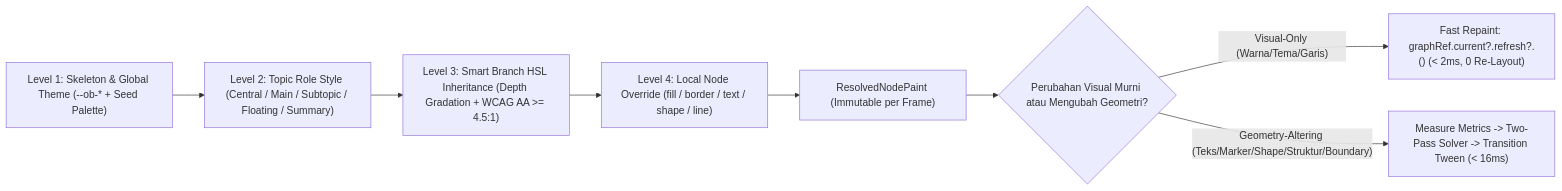
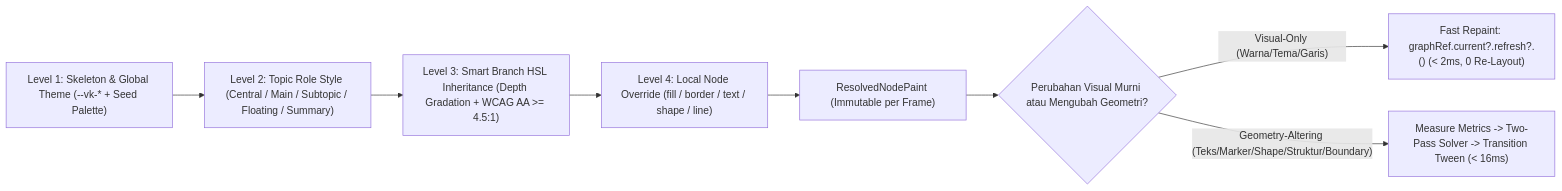
One commit to mjd-code/obmap-meed changed the second of 2 diagrams in docs/02-planning/xmind-obsidian-visual-engine-plan.md. Above: the diagram before and after it, drawn with Mermaid. The commit also changed other lines of this file and 219 other files, not shown here.

````diff
--- a/docs/02-planning/xmind-obsidian-visual-engine-plan.md
+++ b/docs/02-planning/xmind-obsidian-visual-engine-plan.md
@@ -265,10 +266,10 @@
 ```mermaid
 flowchart LR
-    L1["Level 1: Skeleton & Global Theme (--ob-* + Seed Palette)"] --> L2["Level 2: Topic Role Style (Central / Main / Subtopic / Floating / Summary)"]
+    L1["Level 1: Skeleton & Global Theme (--vk-* + Seed Palette)"] --> L2["Level 2: Topic Role Style (Central / Main / Subtopic / Floating / Summary)"]
     L2 --> L3["Level 3: Smart Branch HSL Inheritance (Depth Gradation + WCAG AA >= 4.5:1)"]
     L3 --> L4["Level 4: Local Node Override (fill / border / text / shape / line)"]
     L4 --> OUT["ResolvedNodePaint (Immutable per Frame)"]
     OUT --> PIPE{"Perubahan Visual Murni atau Mengubah Geometri?"}
     PIPE -- "Visual-Only (Warna/Tema/Garis)" --> FAST["Fast Repaint: graphRef.current?.refresh?.() (< 2ms, 0 Re-Layout)"]
     PIPE -- "Geometry-Altering (Teks/Marker/Shape/Struktur/Boundary)" --> RELAYOUT["Measure Metrics -> Two-Pass Solver -> Transition Tween (< 16ms)"]
 ```
````
